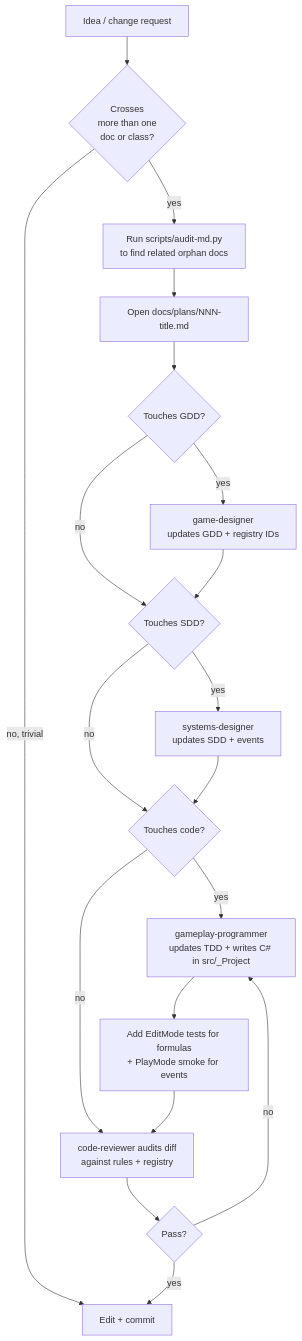
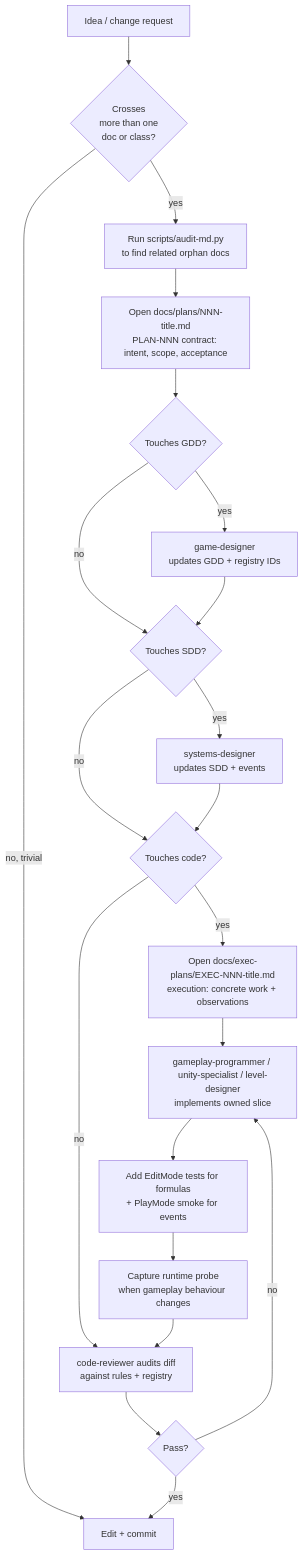
The sixth of 10 diagrams in README.md (jicninja/LastBreath), drawn with Mermaid before and after one commit. The commit also changed other lines of this file and 90 other files, not shown here.

````diff
--- a/README.md
+++ b/README.md
@@ -160,21 +250,23 @@
 ```mermaid
 flowchart TB
     A[Idea / change request] --> B{Crosses<br/>more than one<br/>doc or class?}
     B -->|no, trivial| Z[Edit + commit]
     B -->|yes| C[Run scripts/audit-md.py<br/>to find related orphan docs]
-    C --> D[Open docs/plans/NNN-title.md]
+    C --> D[Open docs/plans/NNN-title.md<br/>PLAN-NNN contract: intent, scope, acceptance]
     D --> E{Touches GDD?}
     E -->|yes| F[game-designer<br/>updates GDD + registry IDs]
     E -->|no| G
     F --> G{Touches SDD?}
     G -->|yes| H[systems-designer<br/>updates SDD + events]
     G -->|no| I
     H --> I{Touches code?}
-    I -->|yes| J[gameplay-programmer<br/>updates TDD + writes C# in src/_Project]
+    I -->|yes| X[Open docs/exec-plans/EXEC-NNN-title.md<br/>execution: concrete work + observations]
     I -->|no| L
+    X --> J[gameplay-programmer / unity-specialist / level-designer<br/>implements owned slice]
     J --> K[Add EditMode tests for formulas<br/>+ PlayMode smoke for events]
-    K --> L[code-reviewer audits diff<br/>against rules + registry]
+    K --> R[Capture runtime probe<br/>when gameplay behaviour changes]
+    R --> L[code-reviewer audits diff<br/>against rules + registry]
     L --> M{Pass?}
     M -->|no| J
     M -->|yes| Z
 ```
````
